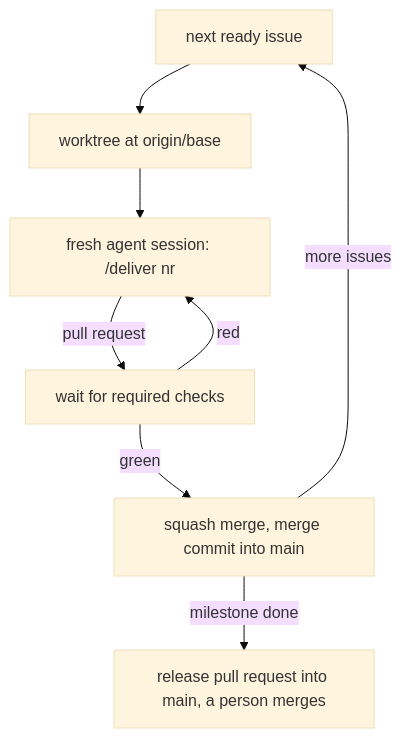
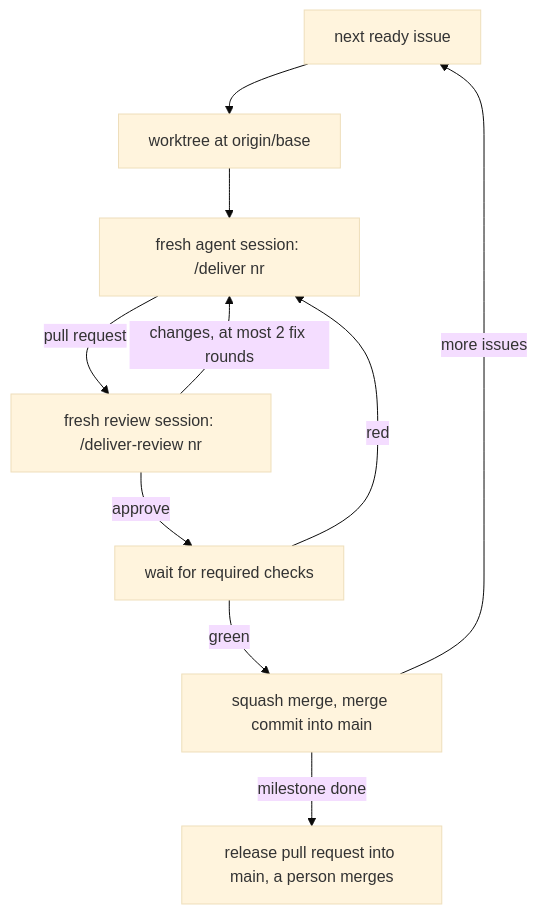
The diagram in site/guides/deliver.md (GravionLabs/skills), drawn with Mermaid (base theme) before and after one commit. The commit also changed other lines of this file and 24 other files, not shown here.

First line of the commit message:
feat(deliver): review runs as its own session with its own model (#1013) (#1018)

````diff
--- a/site/guides/deliver.md
+++ b/site/guides/deliver.md
@@ -28,10 +28,12 @@
 ```mermaid
 flowchart TD
   S[next ready issue] --> W[worktree at origin/base]
   W --> A[fresh agent session: /deliver nr]
-  A -->|pull request| C[wait for required checks]
+  A -->|pull request| V[fresh review session: /deliver-review nr]
+  V -->|changes, at most 2 fix rounds| A
+  V -->|approve| C[wait for required checks]
   C -->|green| M[squash merge, merge commit into main]
   C -->|red| A
   M -->|more issues| S
   M -->|milestone done| R[release pull request into main, a person merges]
 ```
````
